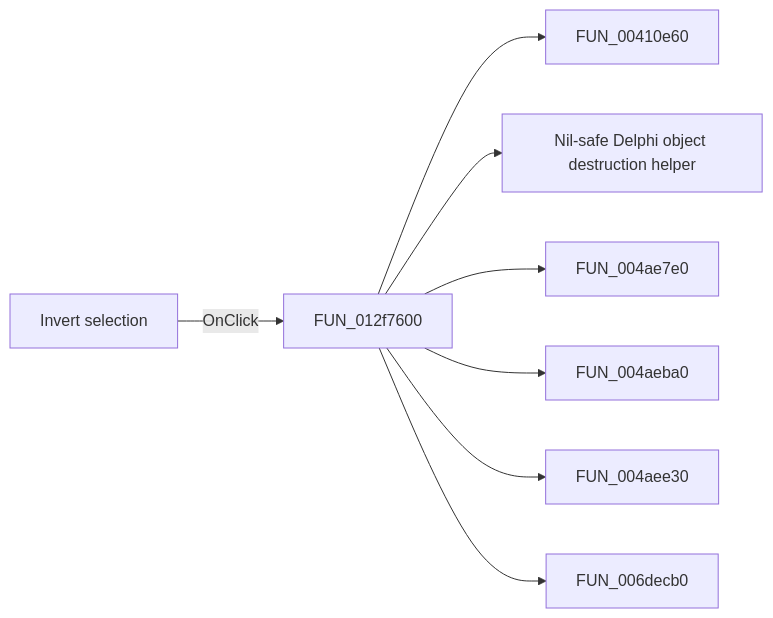
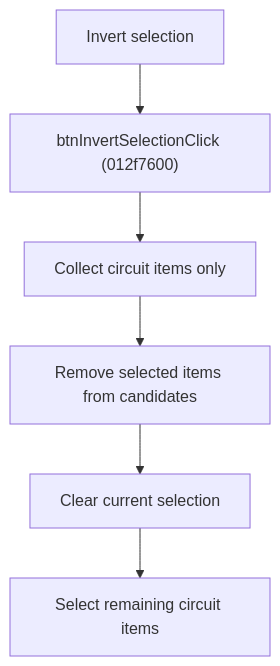
One commit to MovGP0/TIARA changed the diagram in docs/ui-controls/frmmodeltestbencheditor/btninvertselection-8b281008a4.md. Above: the diagram before and after it, drawn with Mermaid. The commit also changed other lines of this file and 387 other files, not shown here.

````diff
--- a/docs/ui-controls/frmmodeltestbencheditor/btninvertselection-8b281008a4.md
+++ b/docs/ui-controls/frmmodeltestbencheditor/btninvertselection-8b281008a4.md
@@ -27,10 +29,8 @@
 ```mermaid
-flowchart LR
-    control["Invert selection"] -->|OnClick| handler["FUN_012f7600"]
-    handler --> call1["FUN_00410e60"]
-    handler --> call2["Nil-safe Delphi object destruction helper"]
-    handler --> call3["FUN_004ae7e0"]
-    handler --> call4["FUN_004aeba0"]
-    handler --> call5["FUN_004aee30"]
-    handler --> call6["FUN_006decb0"]
+flowchart TD
+    control["Invert selection"] --> handler["btnInvertSelectionClick (012f7600)"]
+    handler --> collect["Collect circuit items only"]
+    collect --> remove["Remove selected items from candidates"]
+    remove --> clear["Clear current selection"]
+    clear --> apply["Select remaining circuit items"]
 ```
````
